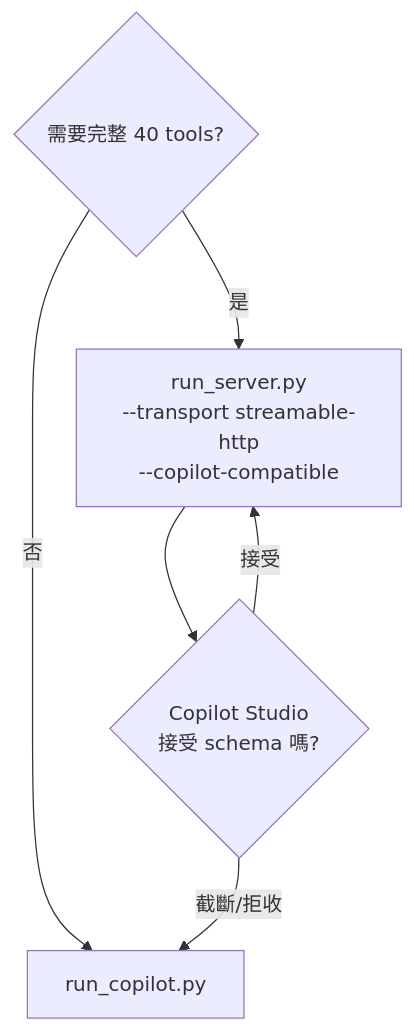
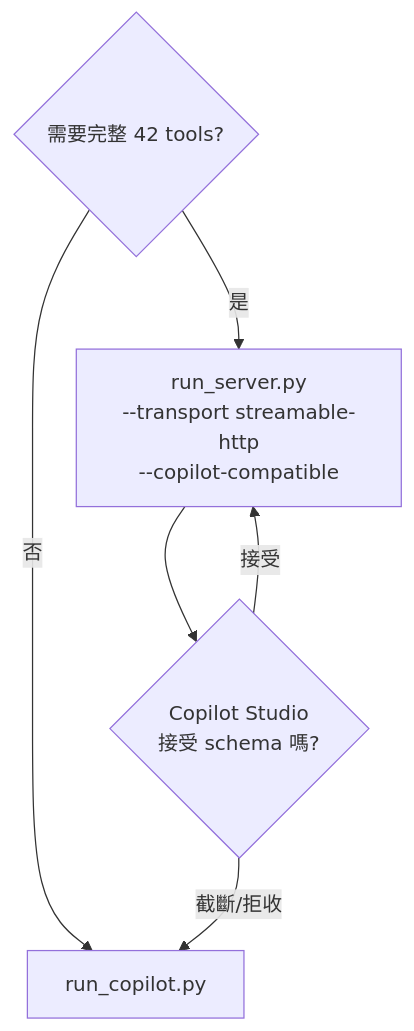
One commit to u9401066/pubmed-search-mcp changed the tenth of 11 diagrams in docs/site-content/architecture.md. Above: the diagram before and after it, drawn with Mermaid. The commit also changed other lines of this file and 29 other files, not shown here.

First line of the commit message:
feat: Copilot hook policy, docs site updates, and architecture docs

````diff
--- a/docs/site-content/architecture.md
+++ b/docs/site-content/architecture.md
@@ -444,13 +464,13 @@
 ```mermaid
 flowchart TD
-  Need{需要完整 40 tools?}
+  Need{需要完整 42 tools?}
   Full[run_server.py\n--transport streamable-http\n--copilot-compatible]
   Simplified[run_copilot.py]
   Studio{Copilot Studio\n接受 schema 嗎?}
 
   Need -->|是| Full
   Need -->|否| Simplified
   Full --> Studio
   Studio -->|接受| Full
   Studio -->|截斷/拒收| Simplified
 ```
````
